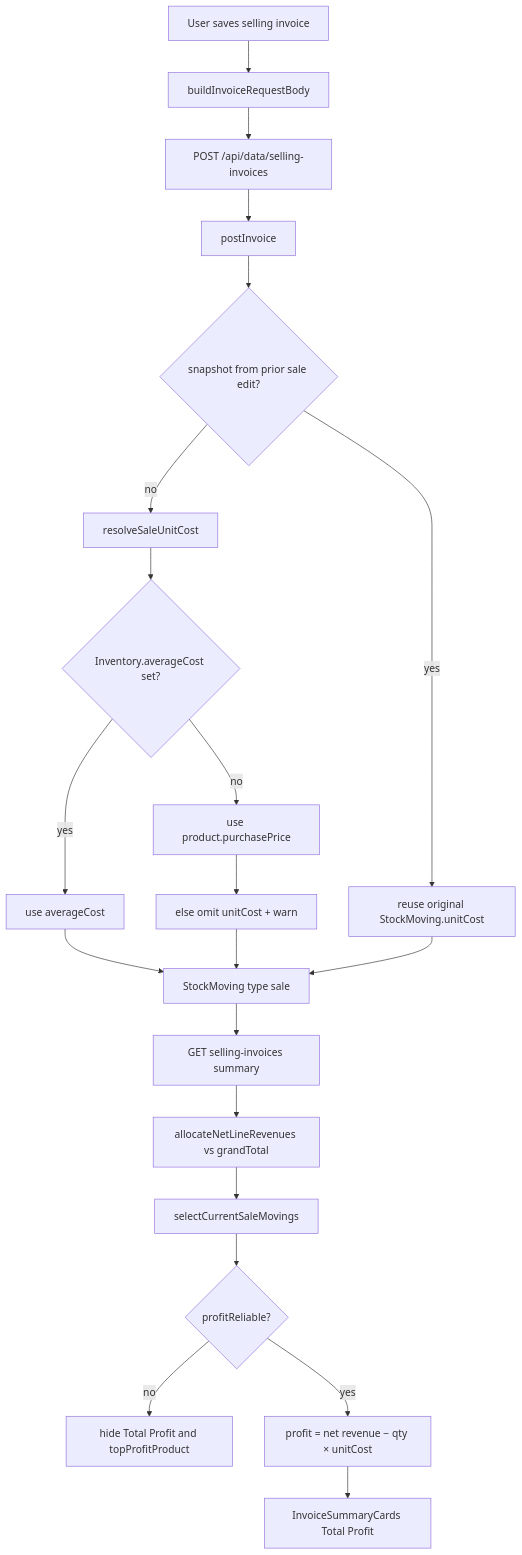
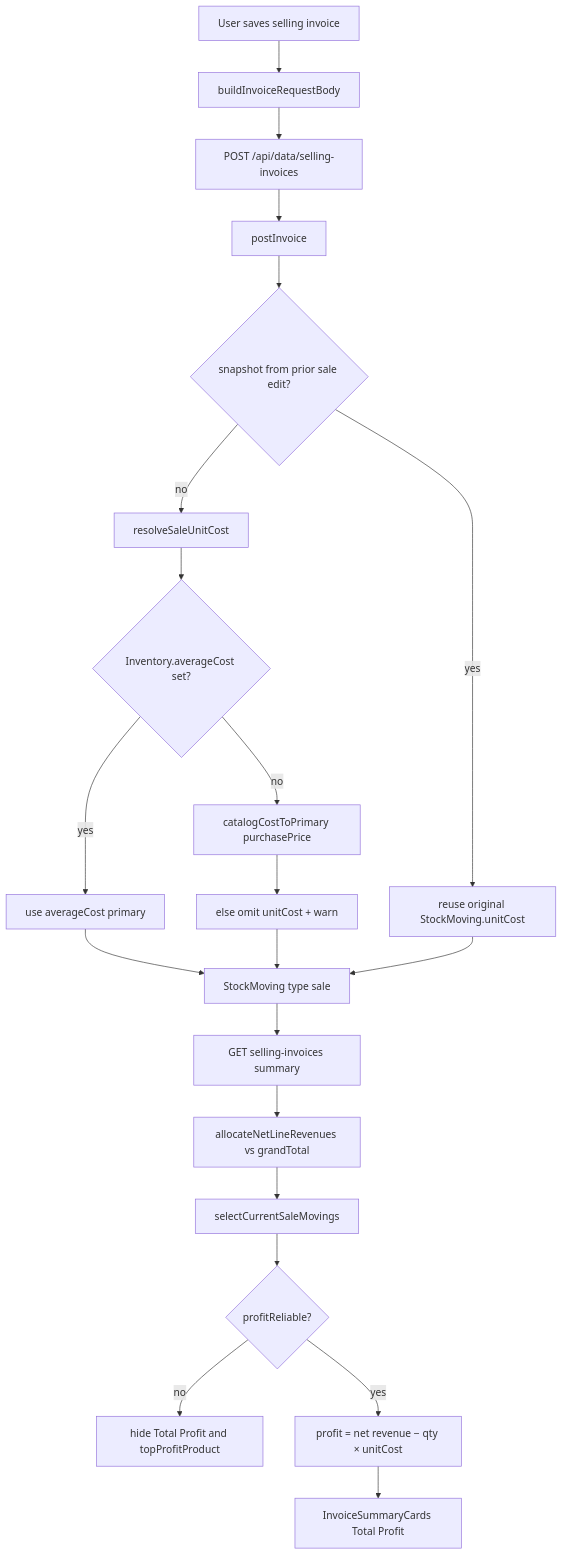
One commit to wael993/storePlatform changed the first of 3 diagrams in documentation/totalprofit.md. Above: the diagram before and after it, drawn with Mermaid. The commit also changed other lines of this file and 12 other files, not shown here.

Commit message:
Enhance currency handling for inventory costs by introducing primary currency conversion for catalog purchase prices.

````diff
--- a/documentation/totalprofit.md
+++ b/documentation/totalprofit.md
@@ -226,23 +241,23 @@
 ```mermaid
 flowchart TD
   A[User saves selling invoice] --> B[buildInvoiceRequestBody]
   B --> C["POST /api/data/selling-invoices"]
   C --> D[postInvoice]
   D --> E{snapshot from prior sale edit?}
   E -->|no| F[resolveSaleUnitCost]
   F --> G{Inventory.averageCost set?}
-  G -->|yes| H[use averageCost]
-  G -->|no| I[use product.purchasePrice]
+  G -->|yes| H[use averageCost primary]
+  G -->|no| I[catalogCostToPrimary purchasePrice]
   I --> J[else omit unitCost + warn]
   E -->|yes| K[reuse original StockMoving.unitCost]
   H --> L[StockMoving type sale]
   J --> L
   K --> L
   L --> M[GET selling-invoices summary]
   M --> N[allocateNetLineRevenues vs grandTotal]
   N --> O[selectCurrentSaleMovings]
   O --> P{profitReliable?}
   P -->|no| Q[hide Total Profit and topProfitProduct]
   P -->|yes| R["profit = net revenue − qty × unitCost"]
   R --> S[InvoiceSummaryCards Total Profit]
 ```
````
